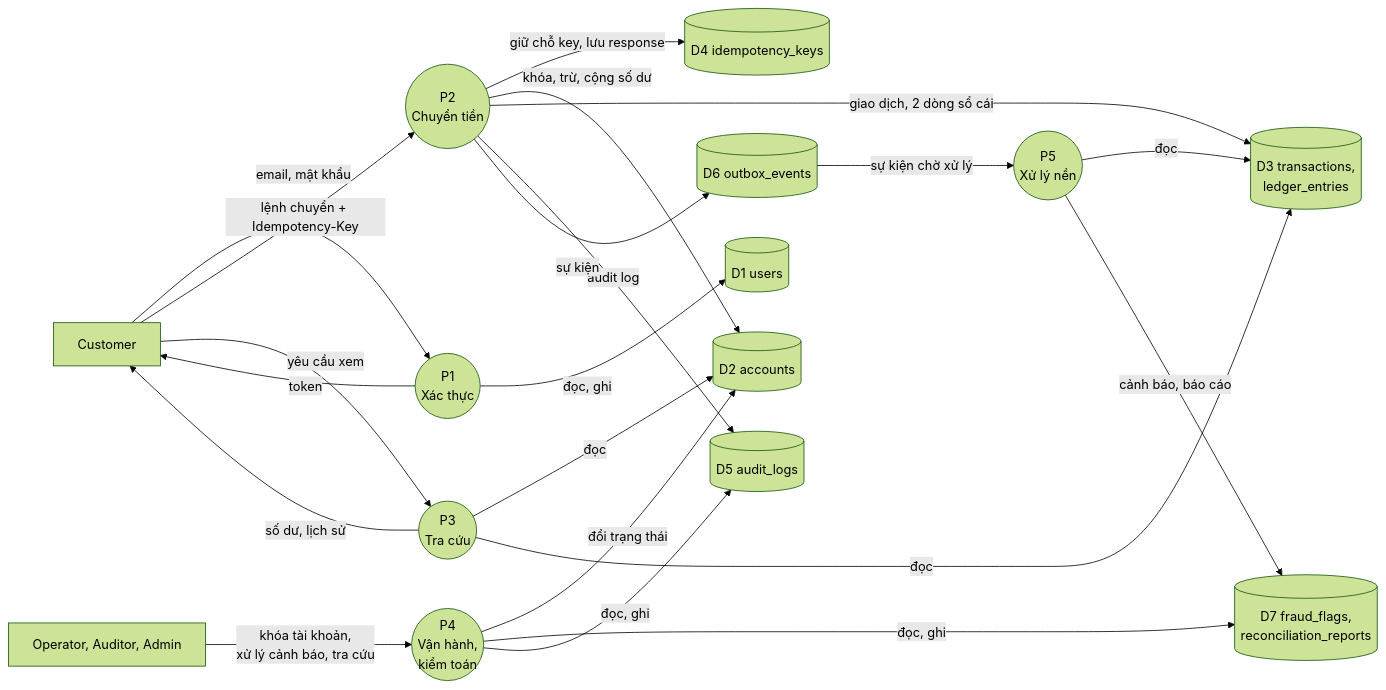
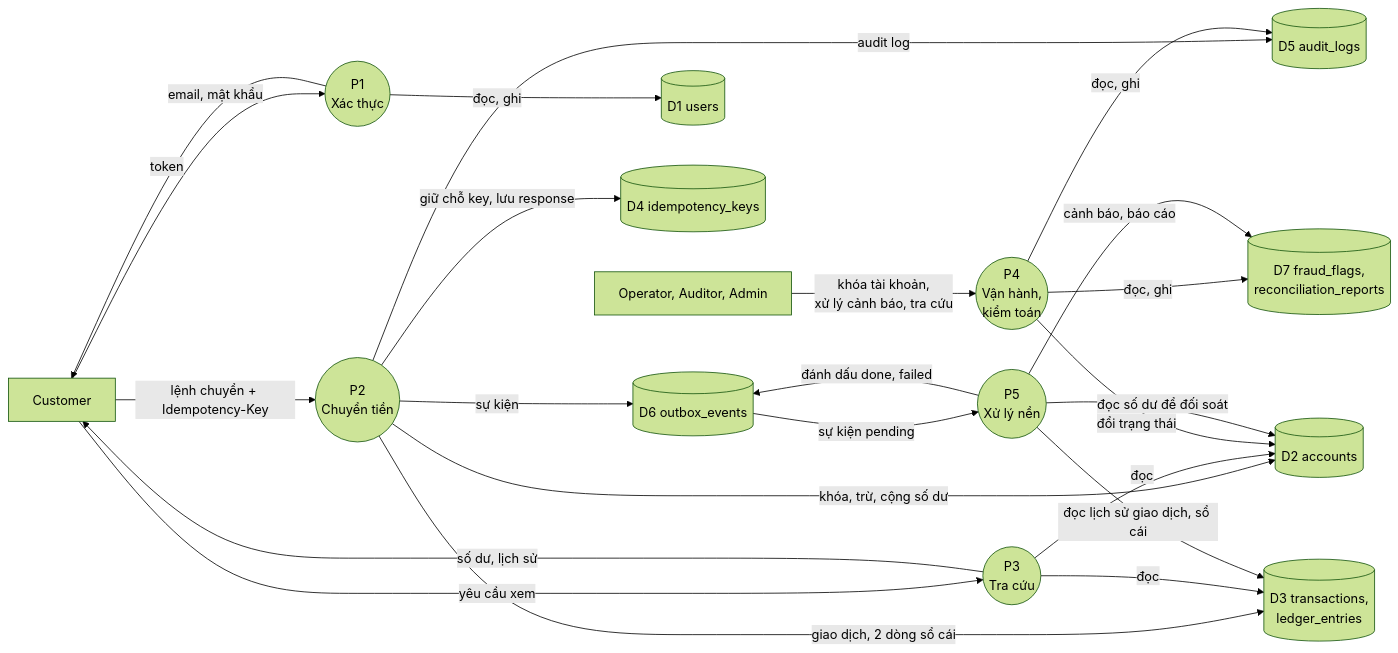
One commit to LeQuangMien10/CloudApplicationDevelopment changed the third of 5 diagrams in docs/overview/kien-truc.md. Above: the diagram before and after it, drawn with Mermaid (forest theme). The commit also changed other lines of this file and 1 other file, not shown here.

````diff
--- a/docs/overview/kien-truc.md
+++ b/docs/overview/kien-truc.md
@@ -172,40 +172,42 @@
 ```mermaid
 flowchart LR
     C[Customer]
     OP[Operator, Auditor, Admin]
 
     P1(("P1<br/>Xác thực"))
     P2(("P2<br/>Chuyển tiền"))
     P3(("P3<br/>Tra cứu"))
     P4(("P4<br/>Vận hành,<br/>kiểm toán"))
     P5(("P5<br/>Xử lý nền"))
 
     D1[("D1 users")]
     D2[("D2 accounts")]
     D3[("D3 transactions,<br/>ledger_entries")]
     D4[("D4 idempotency_keys")]
     D5[("D5 audit_logs")]
     D6[("D6 outbox_events")]
     D7[("D7 fraud_flags,<br/>reconciliation_reports")]
 
     C -- "email, mật khẩu" --> P1
     P1 -- "đọc, ghi" --> D1
     P1 -- "token" --> C
     C -- "lệnh chuyển + Idempotency-Key" --> P2
     P2 -- "giữ chỗ key, lưu response" --> D4
     P2 -- "khóa, trừ, cộng số dư" --> D2
     P2 -- "giao dịch, 2 dòng sổ cái" --> D3
     P2 -- "audit log" --> D5
     P2 -- "sự kiện" --> D6
     C -- "yêu cầu xem" --> P3
     P3 -- "đọc" --> D2
     P3 -- "đọc" --> D3
     P3 -- "số dư, lịch sử" --> C
     OP -- "khóa tài khoản,<br/>xử lý cảnh báo, tra cứu" --> P4
     P4 -- "đổi trạng thái" --> D2
     P4 -- "đọc, ghi" --> D7
     P4 -- "đọc, ghi" --> D5
-    D6 -- "sự kiện chờ xử lý" --> P5
-    P5 -- "đọc" --> D3
+    D6 -- "sự kiện pending" --> P5
+    P5 -- "đánh dấu done, failed" --> D6
+    P5 -- "đọc lịch sử giao dịch, sổ cái" --> D3
+    P5 -- "đọc số dư để đối soát" --> D2
     P5 -- "cảnh báo, báo cáo" --> D7
 ```
````
